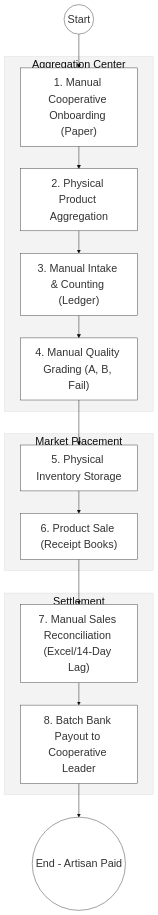
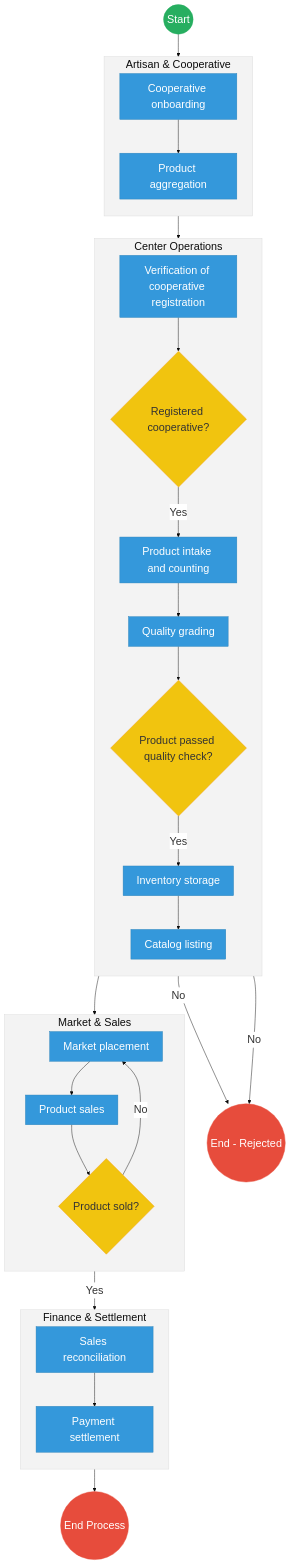
The first of 2 diagrams in mdas/docs_final/priority_mdas/Culture_and_Heritage___Service_Delivery.md (BITZ-IT-Consulting-LTD/ictapoc), drawn with Mermaid before and after one commit. The commit also changed other lines of this file and 90 other files, not shown here.

````diff
--- a/mdas/docs_final/priority_mdas/Culture_and_Heritage___Service_Delivery.md
+++ b/mdas/docs_final/priority_mdas/Culture_and_Heritage___Service_Delivery.md
@@ -77,23 +39,75 @@
 ```mermaid
 %%{init: { 'theme': 'base', 'themeVariables': { 'fontSize': '24px', 'fontFamily': 'Inter, system-ui, sans-serif', 'primaryColor': '#ffffff', 'edgeLabelBackground':'#ffffff', 'tertiaryColor': '#f3f3f3', 'mainBkg': '#ffffff', 'nodeBorder': '#333333' } } }%%
 flowchart TD
-    Start((Start)) --> Onboard["1. Manual Cooperative Onboarding (Paper)"]
-    
-    subgraph Intake_Silo["Aggregation Center"]
-        Onboard --> Aggregate["2. Physical Product Aggregation"]
-        Aggregate --> Intake["3. Manual Intake & Counting (Ledger)"]
-        Intake --> Quality["4. Manual Quality Grading (A, B, Fail)"]
+    %% Events
+    Start((Start))
+    EndProcess(("End Process"))
+    EndReject(("End - Rejected"))
+
+    subgraph Artisan["Artisan & Cooperative"]
+        direction TB
+        Onboard["Cooperative onboarding"]
+        Aggregate["Product aggregation"]
     end
 
-    subgraph Sales_Silo["Market Placement"]
-        Quality --> Store["5. Physical Inventory Storage"]
-        Store --> Sale["6. Product Sale (Receipt Books)"]
+    subgraph CenterOps["Center Operations"]
+        direction TB
+        VerifyReg["Verification of cooperative registration"]
+        RegGateway{"Registered cooperative?"}
+        Intake["Product intake and counting"]
+        QualityGrad["Quality grading"]
+        QualGateway{"Product passed quality check?"}
+        StoreInv["Inventory storage"]
+        CatList["Catalog listing"]
     end
 
-    subgraph Finance_Silo["Settlement"]
-        Sale --> Reconcile["7. Manual Sales Reconciliation (Excel/14-Day Lag)"]
-        Reconcile --> PaySett["8. Batch Bank Payout to Cooperative Leader"]
+    subgraph MarketSales["Market & Sales"]
+        direction TB
+        MarketPlac["Market placement"]
+        ProdSale["Product sales"]
+        SoldGateway{"Product sold?"}
     end
 
-    PaySett --> EndProcess(("End - Artisan Paid"))
+    subgraph Settlement["Finance & Settlement"]
+        direction TB
+        SalesRec["Sales reconciliation"]
+        PaySett["Payment settlement"]
+    end
+
+    %% Flow connections
+    Start --> Onboard
+    Onboard --> Aggregate
+    Aggregate --> VerifyReg
+    VerifyReg --> RegGateway
+    
+    RegGateway -- "No" --> EndReject
+    RegGateway -- "Yes" --> Intake
+    
+    Intake --> QualityGrad
+    QualityGrad --> QualGateway
+    
+    QualGateway -- "No" --> EndReject
+    QualGateway -- "Yes" --> StoreInv
+    
+    StoreInv --> CatList
+    CatList --> MarketPlac
+    MarketPlac --> ProdSale
+    ProdSale --> SoldGateway
+    
+    SoldGateway -- "No" --> MarketPlac
+    SoldGateway -- "Yes" --> SalesRec
+    
+    SalesRec --> PaySett
+    PaySett --> EndProcess
+
+    %% Styling
+    classDef startEvent fill:#27ae60,stroke:#27ae60,color:#fff,font-size:24px,font-size:24px;;
+    classDef endEvent fill:#e74c3c,stroke:#e74c3c,color:#fff,font-size:24px,font-size:24px;;
+    classDef userTask fill:#3498db,stroke:#2980b9,color:#fff,font-size:24px,font-size:24px;;
+    classDef gateway fill:#f1c40f,stroke:#f39c12,color:#333,font-size:24px,font-size:24px;;
+    
+    class Start startEvent;
+    class EndProcess,EndReject endEvent;
+    class RegGateway,QualGateway,SoldGateway gateway;
+    class Onboard,Aggregate,VerifyReg,Intake,QualityGrad,StoreInv,CatList,MarketPlac,ProdSale,SalesRec,PaySett userTask;
 ```
````
